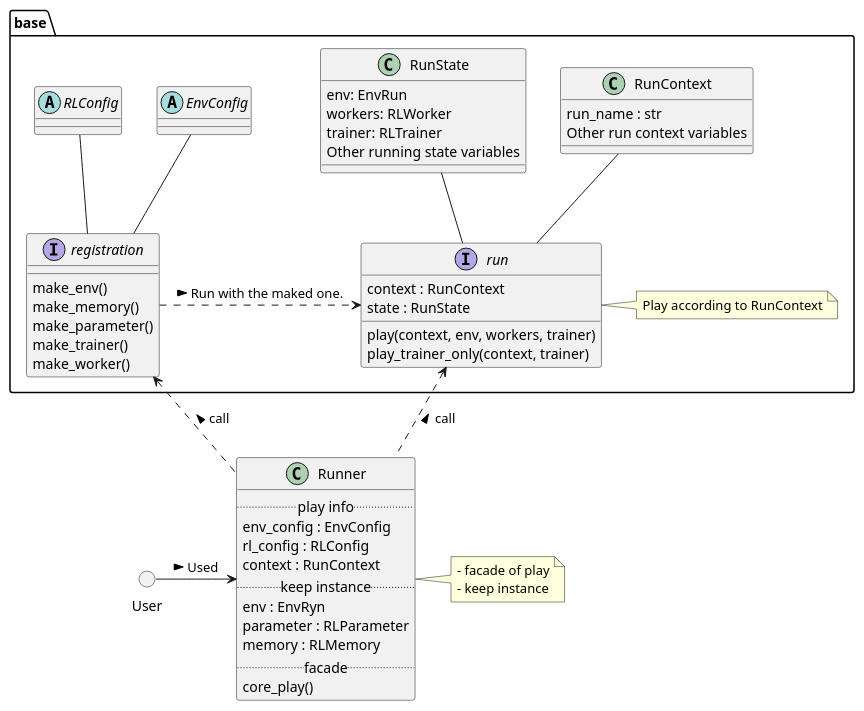
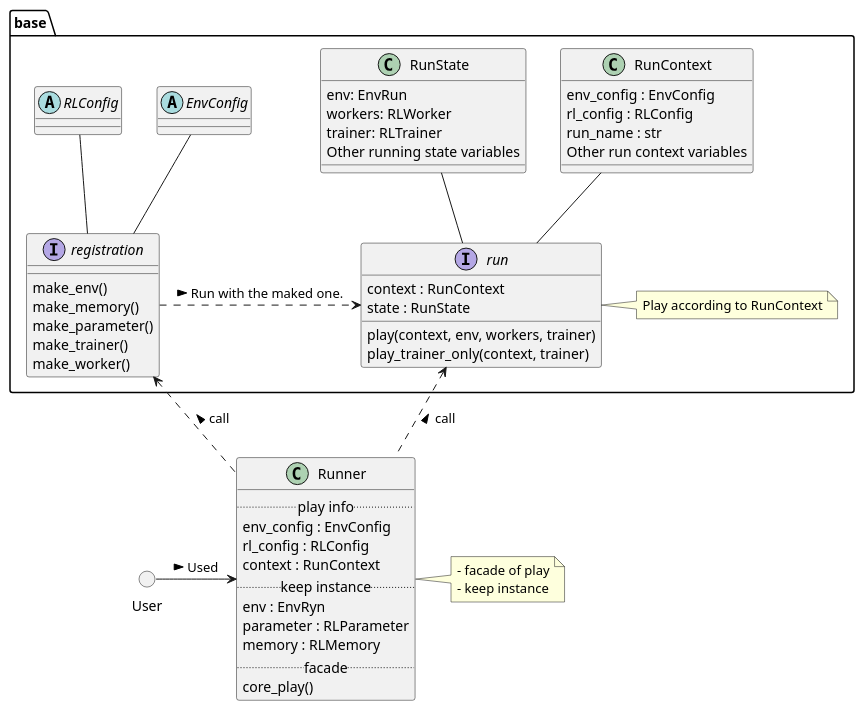
Before and after one commit to pocokhc/simple_distributed_rl: the diagram in diagrams/class_runner.pu, drawn with PlantUML. The commit also changed 14 other files, not shown here.

```diff
--- a/diagrams/class_runner.pu
+++ b/diagrams/class_runner.pu
@@ -1,76 +1,78 @@
 @startuml class_runner
 
 abstract base.EnvConfig {}
 abstract base.RLConfig {}
 class base.RunContext {
+    env_config : EnvConfig
+    rl_config : RLConfig
     run_name : str
     Other run context variables
 }
 class base.RunState {
     env: EnvRun
     workers: RLWorker
     trainer: RLTrainer
     Other running state variables
 }
 
 
 ' --- registration
 
 base.EnvConfig -- base.registration
 base.RLConfig -- base.registration
 
 interface base.registration {
     make_env()
     make_memory()
     make_parameter()
     make_trainer()
     make_worker()
 }
 
 
 ' --- run
 
 base.RunContext -- base.run
 base.RunState -- base.run
 
 interface base.run {
     context : RunContext
     state : RunState
     play(context, env, workers, trainer)
     play_trainer_only(context, trainer)
 }
 note as base.BaseRunMemo
 Play according to RunContext
 end note
 base.run <|- base.BaseRunMemo
 
 base.registration .> base.run : Run with the maked one. >
 
 ' --- Runner
 
 class Runner {
     .. play info ..
     env_config : EnvConfig
     rl_config : RLConfig
     context : RunContext
     .. keep instance ..
     env : EnvRyn
     parameter : RLParameter
     memory : RLMemory
     .. facade ..
     core_play()
 }
 base.registration <.. Runner : call <
 base.run <.. Runner : call <
 
 note as RunnerMemo
 - facade of play
 - keep instance
 end note
 Runner <|- RunnerMemo
 
 
 circle User
 User -> Runner : Used >
 
 @enduml
```
